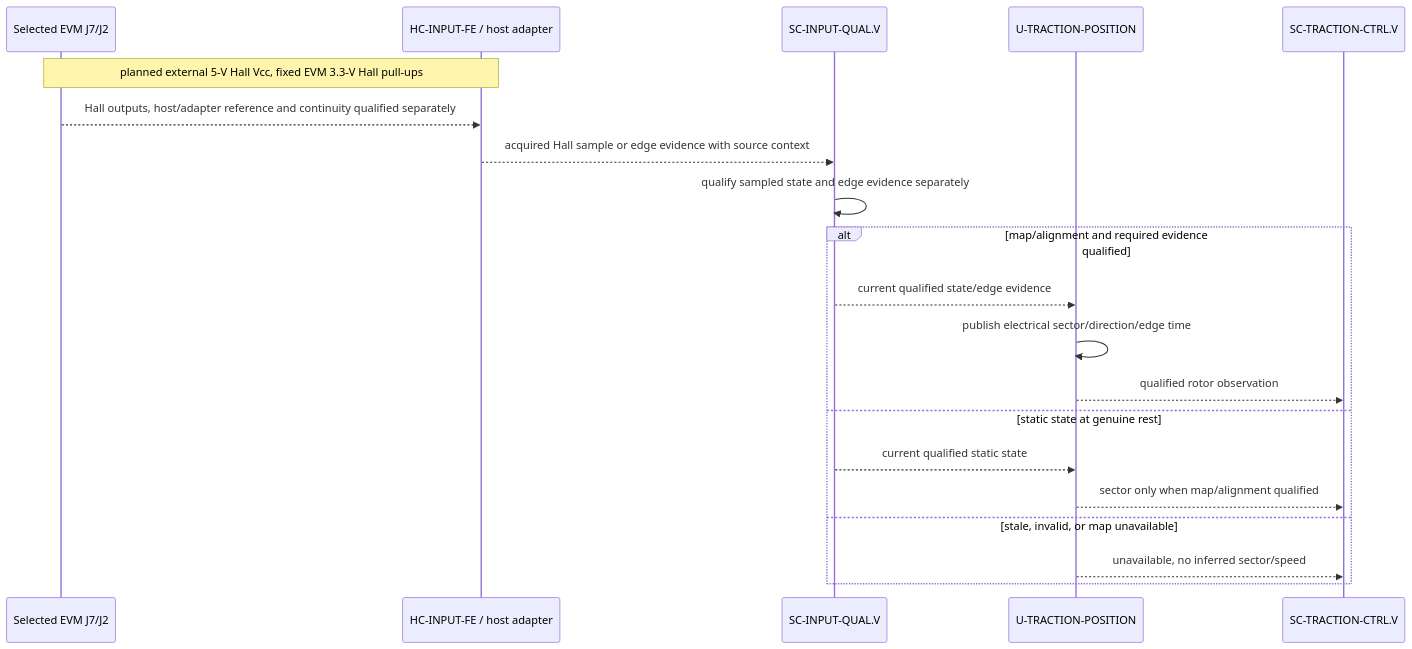
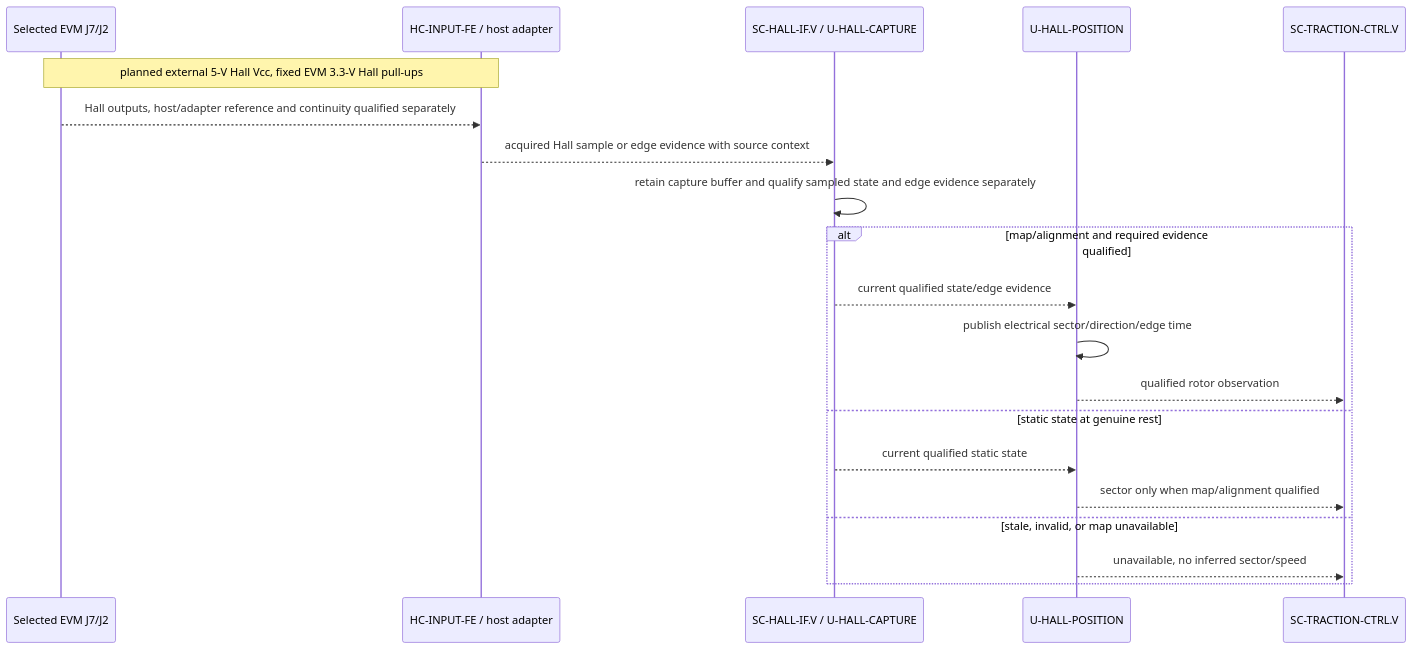
The fourth of 7 diagrams in .devenv/Architecture/DetailedDesign/DD-004_Dynamic_Software_Architecture_Views.md (dhellhake/X2CityMCU), drawn with Mermaid before and after one commit. The commit also changed other lines of this file and 71 other files, not shown here.

Commit message:
Added Data-Flow to all architecture layers

````diff
--- a/.devenv/Architecture/DetailedDesign/DD-004_Dynamic_Software_Architecture_Views.md
+++ b/.devenv/Architecture/DetailedDesign/DD-004_Dynamic_Software_Architecture_Views.md
@@ -121,22 +131,22 @@
 ```mermaid
 sequenceDiagram
     participant E as Selected EVM J7/J2
     participant FE as HC-INPUT-FE / host adapter
-    participant I as SC-INPUT-QUAL.V
-    participant P as U-TRACTION-POSITION
+    participant I as SC-HALL-IF.V / U-HALL-CAPTURE
+    participant P as U-HALL-POSITION
     participant T as SC-TRACTION-CTRL.V
     Note over E,FE: planned external 5-V Hall Vcc, fixed EVM 3.3-V Hall pull-ups
     E-->>FE: Hall outputs, host/adapter reference and continuity qualified separately
     FE-->>I: acquired Hall sample or edge evidence with source context
-    I->>I: qualify sampled state and edge evidence separately
+    I->>I: retain capture buffer and qualify sampled state and edge evidence separately
     alt map/alignment and required evidence qualified
         I-->>P: current qualified state/edge evidence
         P->>P: publish electrical sector/direction/edge time
         P-->>T: qualified rotor observation
     else static state at genuine rest
         I-->>P: current qualified static state
         P-->>T: sector only when map/alignment qualified
     else stale, invalid, or map unavailable
         P-->>T: unavailable, no inferred sector/speed
     end
 ```
````
